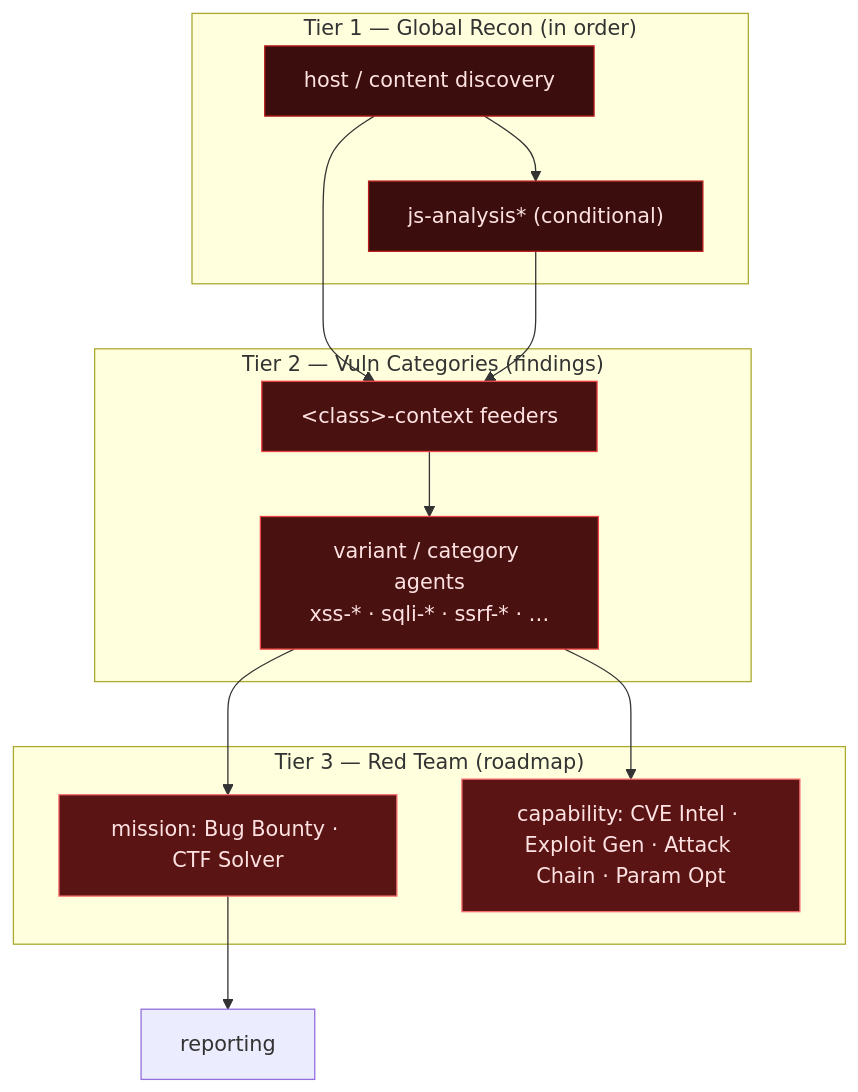
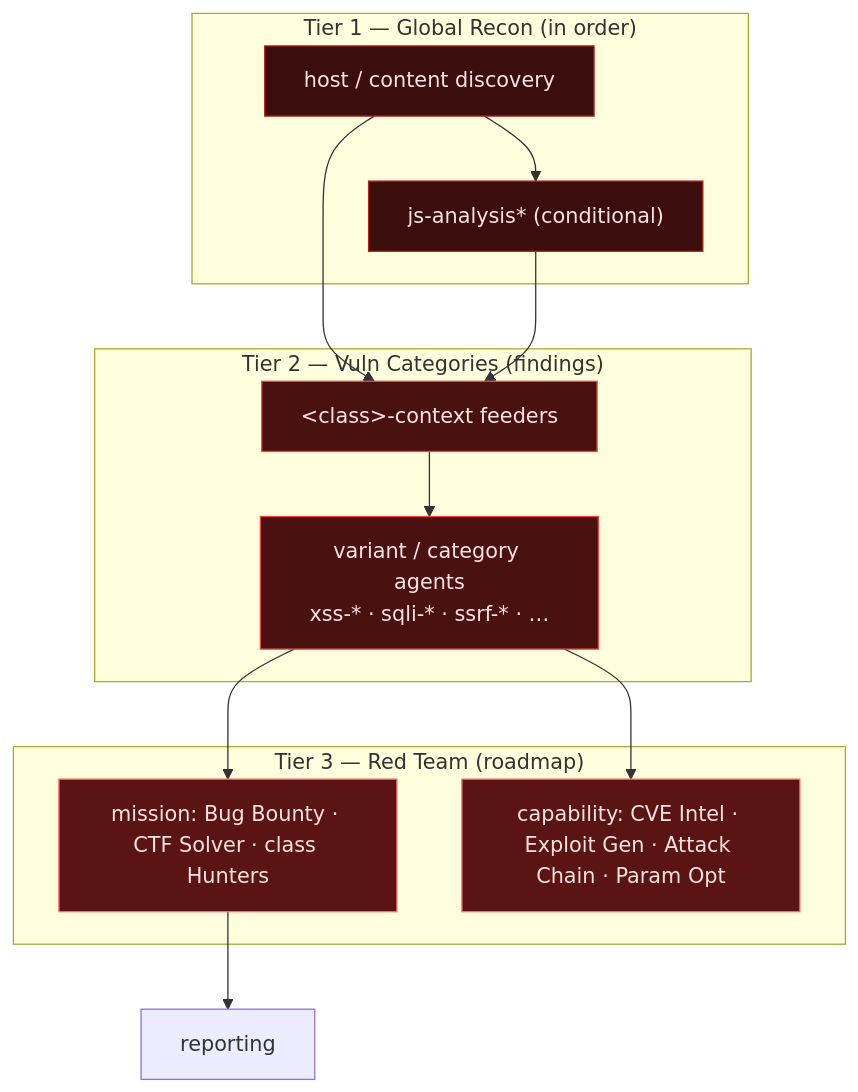
The diagram in README.md (0xnookie/redstrike-ai), drawn with Mermaid before and after one commit. The commit also changed other lines of this file, not shown here.

````diff
--- a/README.md
+++ b/README.md
@@ -48,26 +48,26 @@
 ```mermaid
 graph TD
     classDef t1 fill:#3b0d0d,stroke:#b91c1c,color:#fee2e2;
     classDef t2 fill:#4a1111,stroke:#ef4444,color:#fee2e2;
     classDef t3 fill:#5b1414,stroke:#f87171,color:#fee2e2;
 
     subgraph T1["Tier 1 — Global Recon (in order)"]
         HD[host / content discovery]:::t1
         JS["js-analysis* (conditional)"]:::t1
     end
     subgraph T2["Tier 2 — Vuln Categories (findings)"]
         CTX[&lt;class&gt;-context feeders]:::t2
         VAR[variant / category agents<br/>xss-* · sqli-* · ssrf-* · …]:::t2
     end
     subgraph T3["Tier 3 — Red Team (roadmap)"]
-        MIS[mission: Bug Bounty · CTF Solver]:::t3
+        MIS[mission: Bug Bounty · CTF Solver · class Hunters]:::t3
         CAP[capability: CVE Intel · Exploit Gen · Attack Chain · Param Opt]:::t3
     end
 
     HD --> JS
     HD --> CTX
     JS --> CTX --> VAR
     VAR --> MIS
     VAR --> CAP
     MIS --> REP[reporting]
 ```
````
